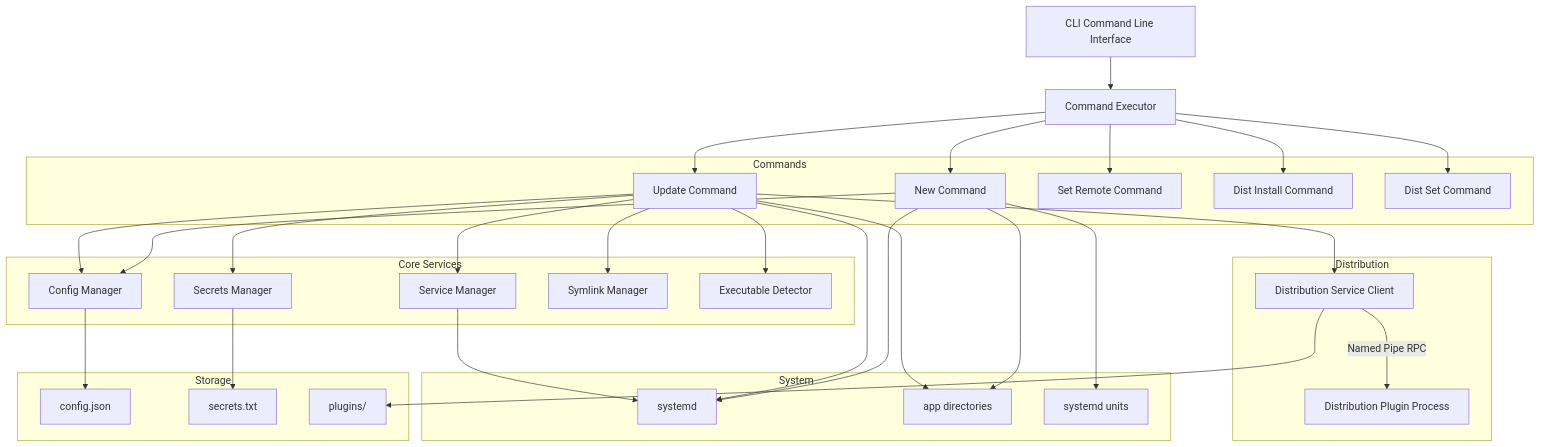
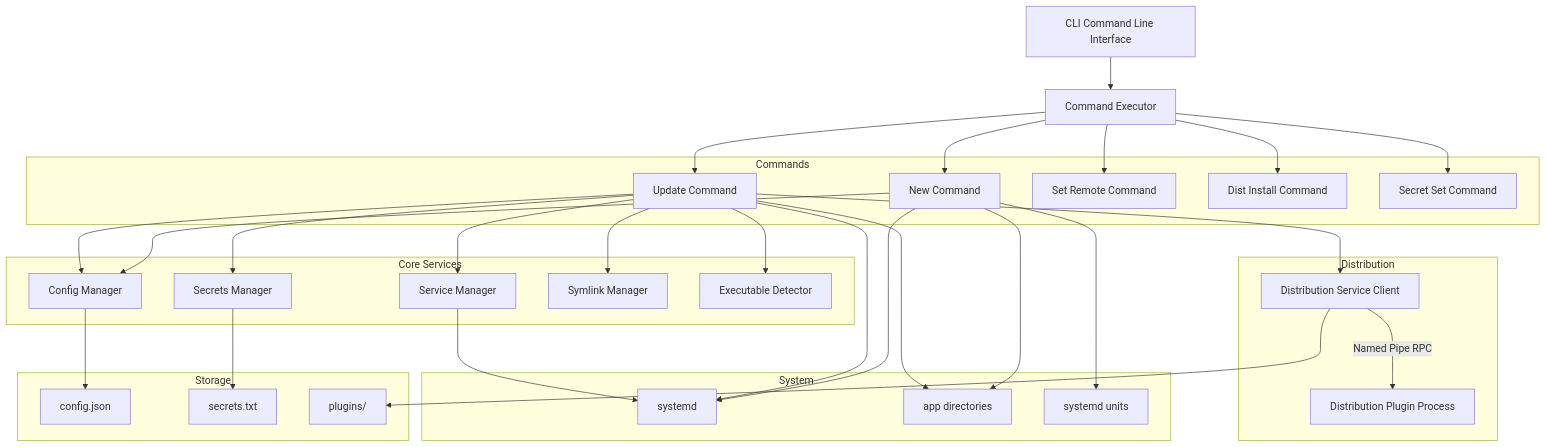
Before and after one commit to AdamTovatt/updaemon: the first of 5 diagrams in README.md, drawn with Mermaid. The commit also changed other lines of this file, not shown here.

````diff
--- a/README.md
+++ b/README.md
@@ -16,66 +38,66 @@
 ```mermaid
 graph TB
     CLI[CLI Command Line Interface]
     Executor[Command Executor]
     
     subgraph Commands
         NewCmd[New Command]
         UpdateCmd[Update Command]
         SetRemoteCmd[Set Remote Command]
         DistInstallCmd[Dist Install Command]
-        DistSetCmd[Dist Set Command]
+        SecretSetCmd[Secret Set Command]
     end
     
     subgraph Core Services
         ConfigMgr[Config Manager]
         SecretsMgr[Secrets Manager]
         ServiceMgr[Service Manager]
         SymlinkMgr[Symlink Manager]
         ExecDetector[Executable Detector]
     end
     
     subgraph Distribution
         DistClient[Distribution Service Client]
         Plugin[Distribution Plugin Process]
     end
     
     subgraph Storage
         ConfigFile["config.json"]
         SecretsFile["secrets.txt"]
         PluginFiles["plugins/"]
     end
     
     subgraph System
         Systemd[systemd]
         OptDir["app directories"]
         EtcDir["systemd units"]
     end
     
     CLI --> Executor
     Executor --> NewCmd
     Executor --> UpdateCmd
     Executor --> SetRemoteCmd
     Executor --> DistInstallCmd
-    Executor --> DistSetCmd
+    Executor --> SecretSetCmd
     
     NewCmd --> ConfigMgr
     UpdateCmd --> ConfigMgr
     UpdateCmd --> SecretsMgr
     UpdateCmd --> ServiceMgr
     UpdateCmd --> SymlinkMgr
     UpdateCmd --> ExecDetector
     UpdateCmd --> DistClient
     
     ConfigMgr --> ConfigFile
     SecretsMgr --> SecretsFile
     
     DistClient -->|Named Pipe RPC| Plugin
     DistClient --> PluginFiles
     
     NewCmd --> Systemd
     UpdateCmd --> Systemd
     ServiceMgr --> Systemd
     NewCmd --> OptDir
     UpdateCmd --> OptDir
     NewCmd --> EtcDir
 ```
````
